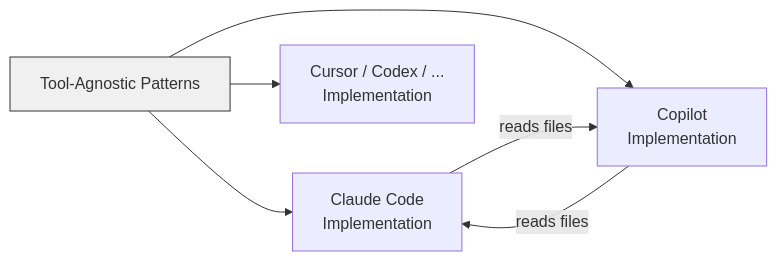
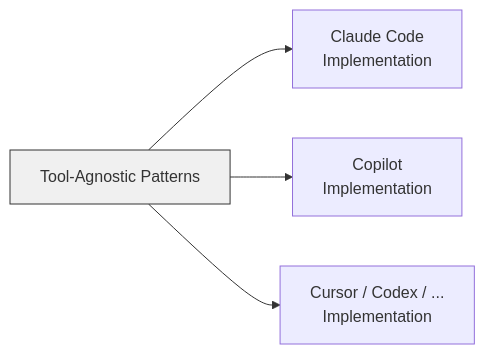
The diagram in human/cross-tool-translation.md (agentpatterns-ai/website), drawn with Mermaid before and after one commit. The commit also changed other lines of this file and 314 other files, not shown here.

````diff
--- a/human/cross-tool-translation.md
+++ b/human/cross-tool-translation.md
@@ -63,9 +50,7 @@
 ```mermaid
 graph LR
     A[Tool-Agnostic Patterns] --> B[Claude Code<br>Implementation]
     A --> C[Copilot<br>Implementation]
     A --> D[Cursor / Codex / ...<br>Implementation]
-    B -- "reads files" --> C
-    C -- "reads files" --> B
     style A fill:#f0f0f0,stroke:#333
 ```
````
